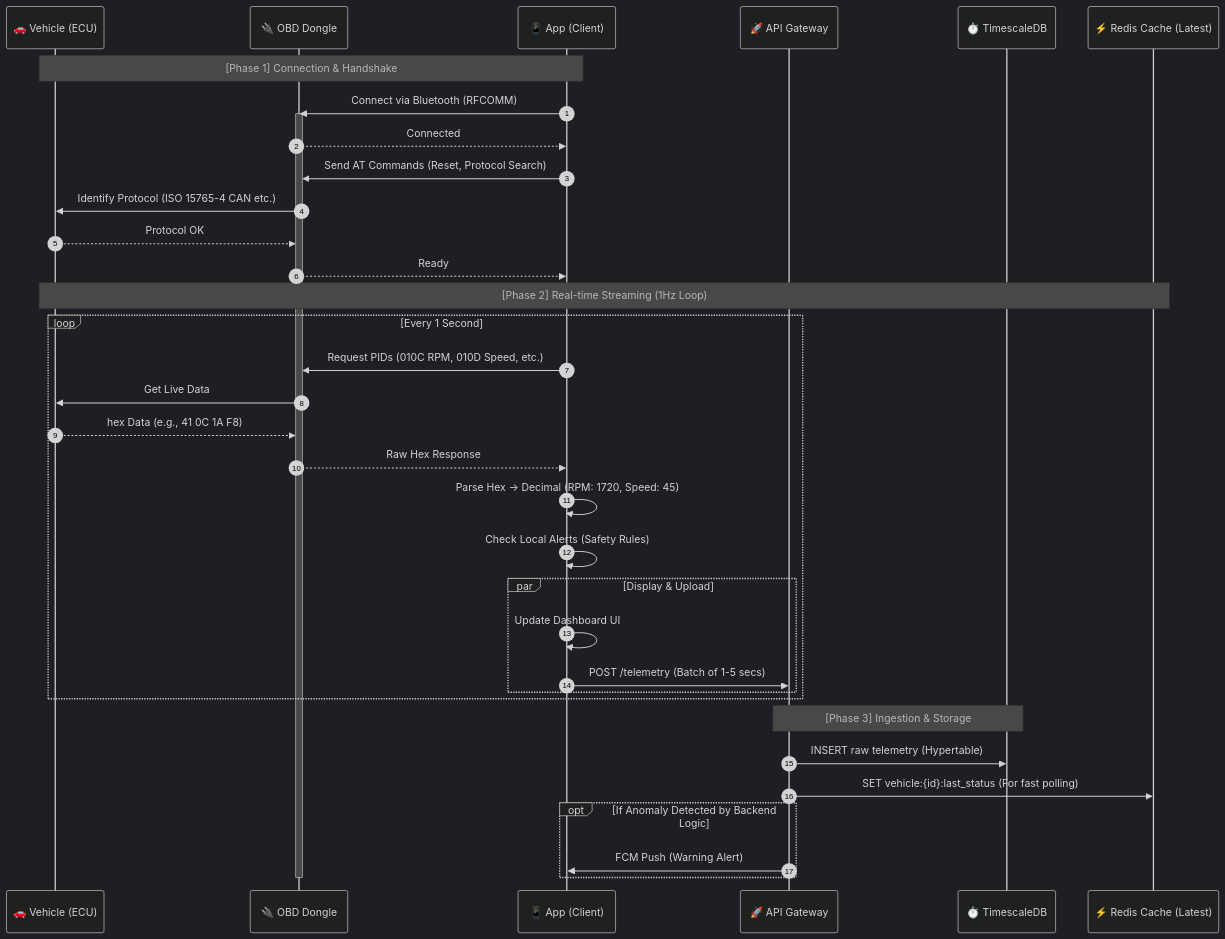
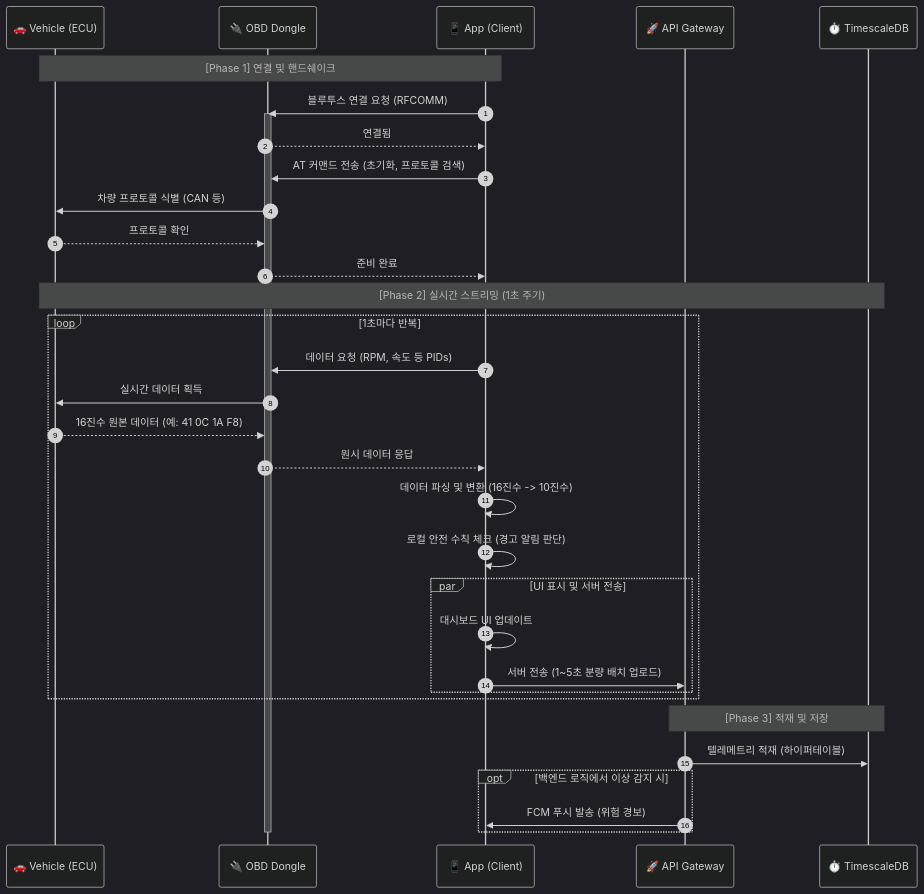
The second of 5 diagrams in Docs/시스템_아키텍처_및_데이터_흐름.md (leejunhyuk1061204/AI-5-main-project), drawn with Mermaid (dark theme) before and after one commit. The commit also changed other lines of this file and 3 other files, not shown here.

Commit message:
문서 수정(아키텍쳐 다이어그램 검토)

````diff
--- a/Docs/시스템_아키텍처_및_데이터_흐름.md
+++ b/Docs/시스템_아키텍처_및_데이터_흐름.md
@@ -131,44 +131,42 @@
 ```mermaid
 sequenceDiagram
     autonumber
     participant Car as 🚗 Vehicle (ECU)
     participant OBD as 🔌 OBD Dongle
     participant App as 📱 App (Client)
     participant API as 🚀 API Gateway
     participant TSDB as ⏱️ TimescaleDB
-    participant Redis as ⚡ Redis Cache (Latest)
 
-    Note over Car, App: [Phase 1] Connection & Handshake
-    App->>OBD: Connect via Bluetooth (RFCOMM)
+    Note over Car, App: [Phase 1] 연결 및 핸드쉐이크
+    App->>OBD: 블루투스 연결 요청 (RFCOMM)
     activate OBD
-    OBD-->>App: Connected
-    App->>OBD: Send AT Commands (Reset, Protocol Search)
-    OBD->>Car: Identify Protocol (ISO 15765-4 CAN etc.)
-    Car-->>OBD: Protocol OK
-    OBD-->>App: Ready
+    OBD-->>App: 연결됨
+    App->>OBD: AT 커맨드 전송 (초기화, 프로토콜 검색)
+    OBD->>Car: 차량 프로토콜 식별 (CAN 등)
+    Car-->>OBD: 프로토콜 확인
+    OBD-->>App: 준비 완료
 
-    Note over Car, Redis: [Phase 2] Real-time Streaming (1Hz Loop)
-    loop Every 1 Second
-        App->>OBD: Request PIDs (010C RPM, 010D Speed, etc.)
-        OBD->>Car: Get Live Data
-        Car-->>OBD: hex Data (e.g., 41 0C 1A F8)
-        OBD-->>App: Raw Hex Response
+    Note over Car, TSDB: [Phase 2] 실시간 스트리밍 (1초 주기)
+    loop 1초마다 반복
+        App->>OBD: 데이터 요청 (RPM, 속도 등 PIDs)
+        OBD->>Car: 실시간 데이터 획득
+        Car-->>OBD: 16진수 원본 데이터 (예: 41 0C 1A F8)
+        OBD-->>App: 원시 데이터 응답
         
-        App->>App: Parse Hex -> Decimal (RPM: 1720, Speed: 45)
-        App->>App: Check Local Alerts (Safety Rules)
+        App->>App: 데이터 파싱 및 변환 (16진수 -> 10진수)
+        App->>App: 로컬 안전 수칙 체크 (경고 알림 판단)
         
-        par Display & Upload
-            App->>App: Update Dashboard UI
-            App->>API: POST /telemetry (Batch of 1-5 secs)
+        par UI 표시 및 서버 전송
+            App->>App: 대시보드 UI 업데이트
+            App->>API: 서버 전송 (1~5초 분량 배치 업로드)
         end
     end
 
-    Note over API, TSDB: [Phase 3] Ingestion & Storage
-    API->>TSDB: INSERT raw telemetry (Hypertable)
-    API->>Redis: SET vehicle:{id}:last_status (For fast polling)
+    Note over API, TSDB: [Phase 3] 적재 및 저장
+    API->>TSDB: 텔레메트리 적재 (하이퍼테이블)
     
-    opt If Anomaly Detected by Backend Logic
-        API->>App: FCM Push (Warning Alert)
+    opt 백엔드 로직에서 이상 감지 시
+        API->>App: FCM 푸시 발송 (위험 경보)
     end
     deactivate OBD
 ```
````
